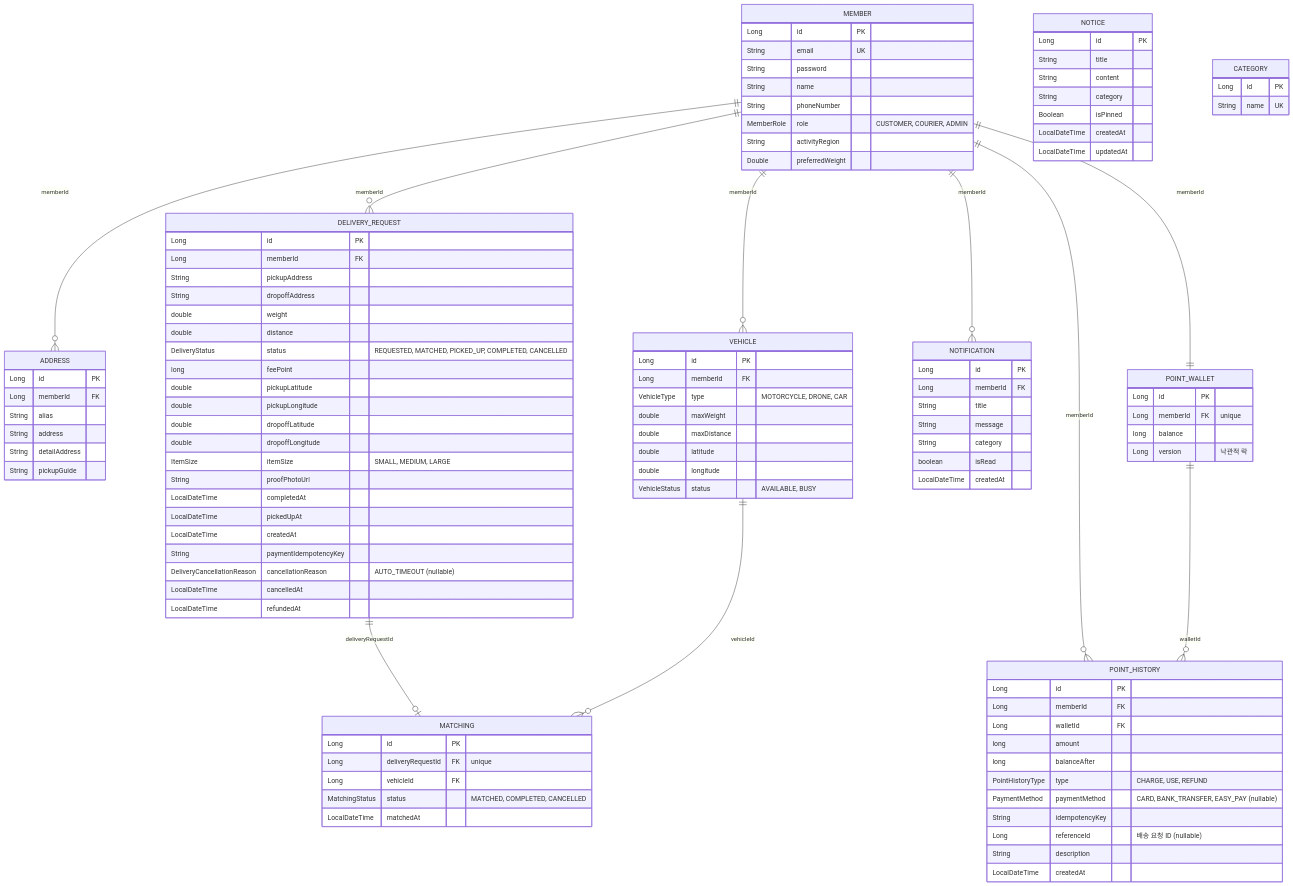
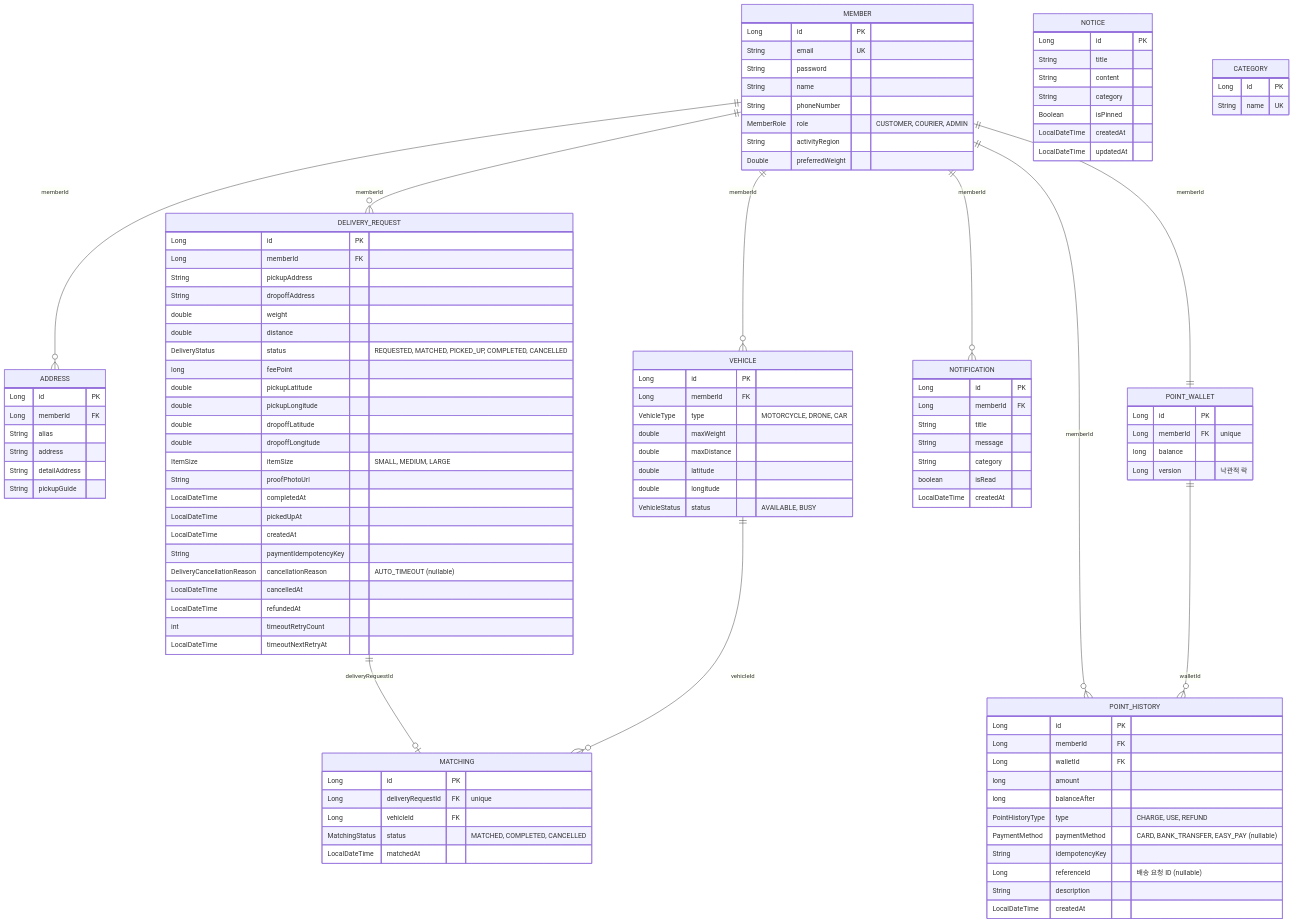
The diagram in docs/architecture/ERD-데이터베이스-연관관계도.md (ShinhanDSProject/shinhan-delivery), drawn with Mermaid before and after one commit. The commit also changed 16 other files, not shown here.

```diff
--- a/docs/architecture/ERD-데이터베이스-연관관계도.md
+++ b/docs/architecture/ERD-데이터베이스-연관관계도.md
@@ -95,6 +95,8 @@
         DeliveryCancellationReason cancellationReason "AUTO_TIMEOUT (nullable)"
         LocalDateTime cancelledAt
         LocalDateTime refundedAt
+        int timeoutRetryCount
+        LocalDateTime timeoutNextRetryAt
     }
 
     MATCHING {
```
